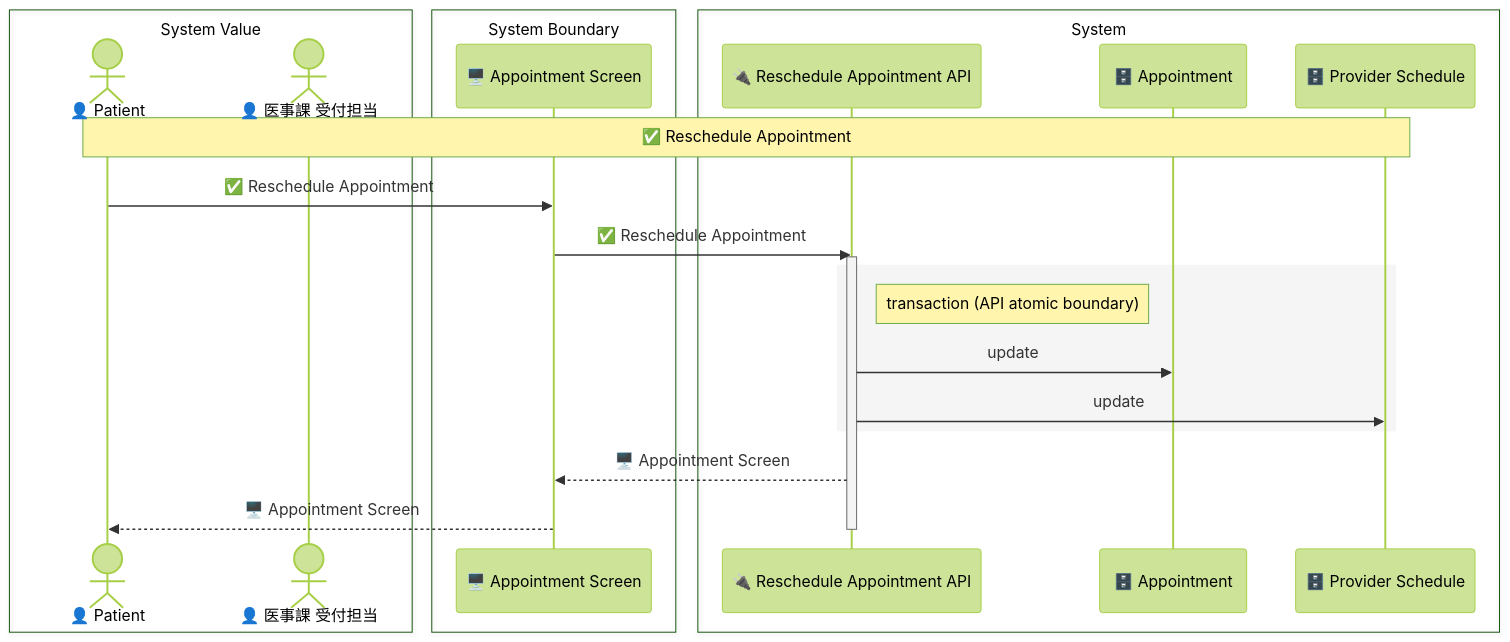
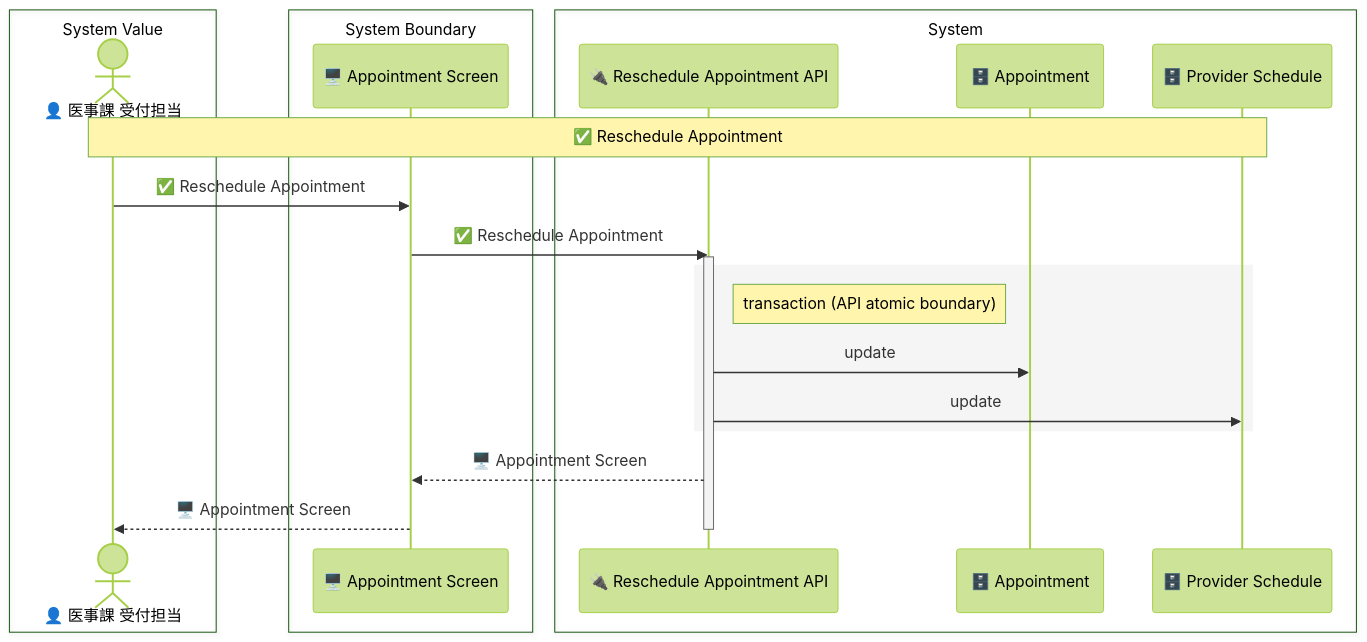
One commit to manji-0/rdra-ish-dsl changed the diagram in samples/clinic-ops/out/uc/sequence_reschedule_appointment.mmd. Above: the diagram before and after it, drawn with Mermaid (forest theme). The commit also changed 19 other files, not shown here.

```diff
--- a/samples/clinic-ops/out/uc/sequence_reschedule_appointment.mmd
+++ b/samples/clinic-ops/out/uc/sequence_reschedule_appointment.mmd
@@ -1,26 +1,25 @@
 sequenceDiagram
   box System Value
-    actor Patient as 👤 Patient
     actor ReceptionClerk as 👤 医事課 受付担当
   end
   box System Boundary
     participant AppointmentScreen as 🖥️ Appointment Screen
   end
   box System
     participant RescheduleAppointmentApi as 🔌 Reschedule Appointment API
     participant Appointment as 🗄️ Appointment
     participant ProviderSchedule as 🗄️ Provider Schedule
   end
 
-  Note over Patient,ProviderSchedule: ✅ Reschedule Appointment
-  Patient->>AppointmentScreen: ✅ Reschedule Appointment
+  Note over ReceptionClerk,ProviderSchedule: ✅ Reschedule Appointment
+  ReceptionClerk->>AppointmentScreen: ✅ Reschedule Appointment
   AppointmentScreen->>RescheduleAppointmentApi: ✅ Reschedule Appointment
   activate RescheduleAppointmentApi
   rect rgb(245,245,245)
     Note right of RescheduleAppointmentApi: transaction (API atomic boundary)
     RescheduleAppointmentApi->>Appointment: update
     RescheduleAppointmentApi->>ProviderSchedule: update
   end
   RescheduleAppointmentApi-->>AppointmentScreen: 🖥️ Appointment Screen
-  AppointmentScreen-->>Patient: 🖥️ Appointment Screen
+  AppointmentScreen-->>ReceptionClerk: 🖥️ Appointment Screen
   deactivate RescheduleAppointmentApi
```
